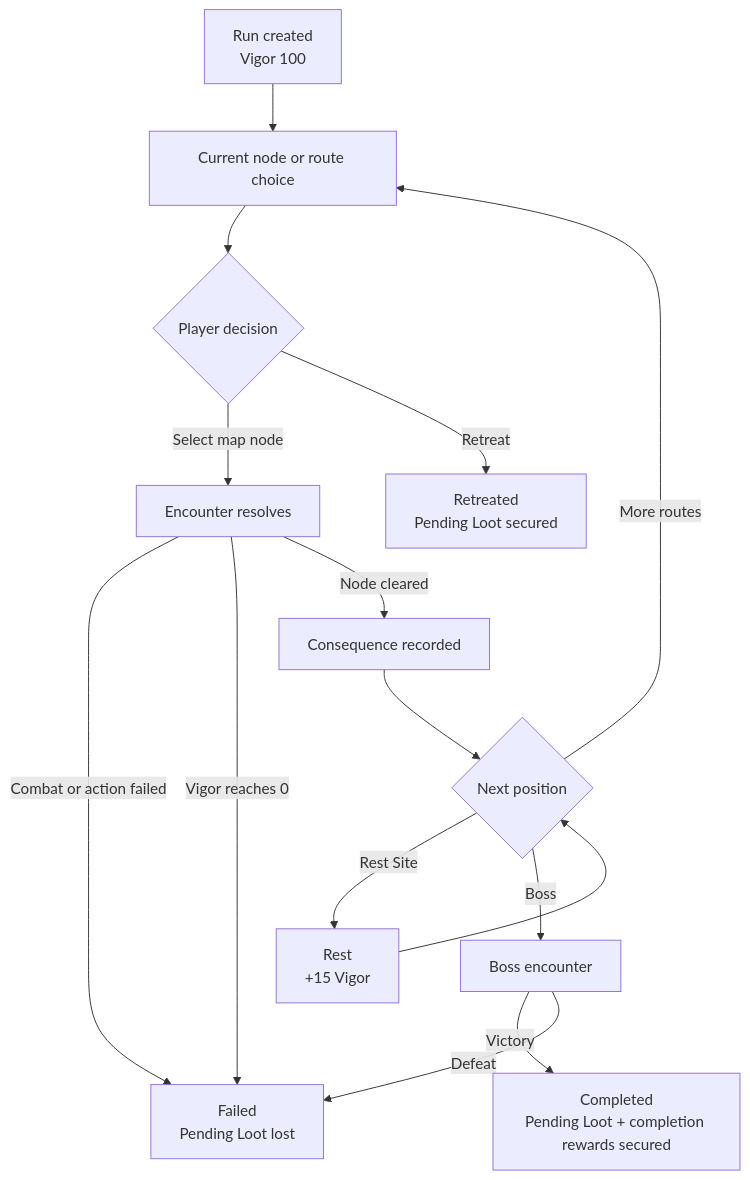
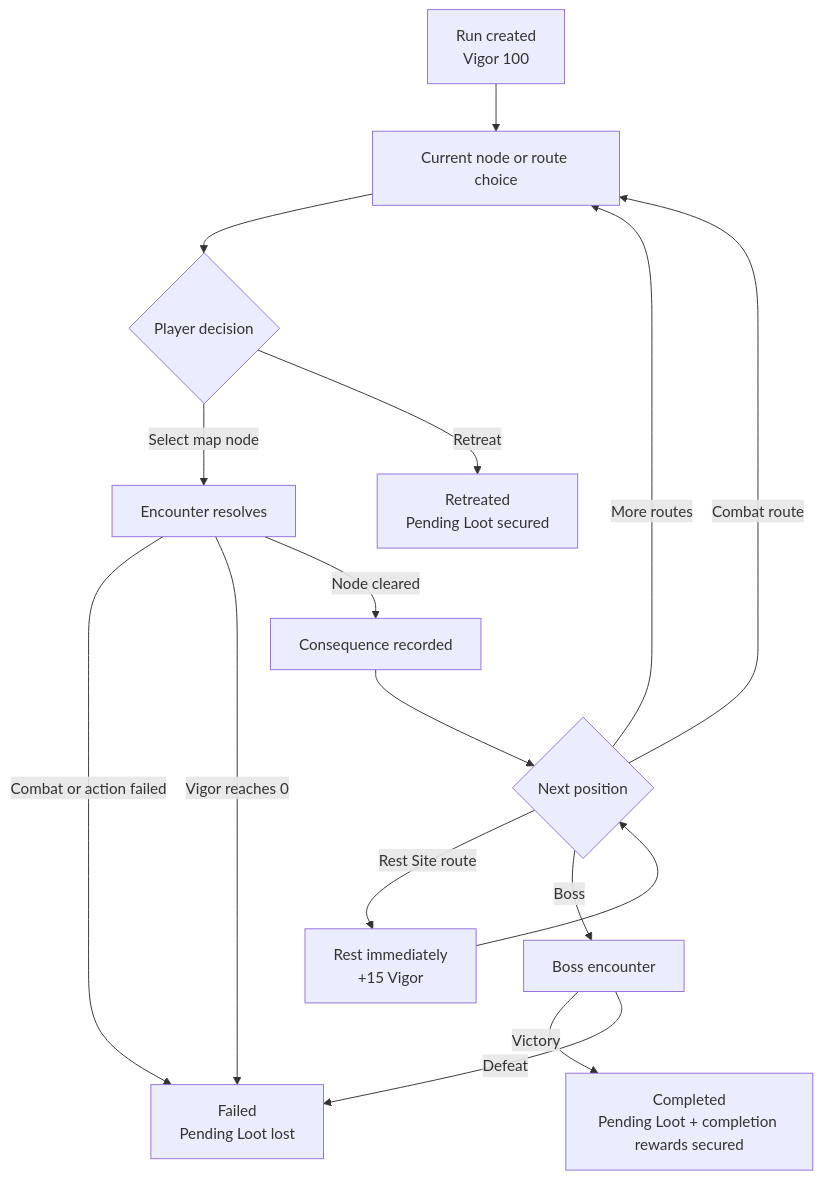
One commit to Dryppie/legends-legacy changed the first of 2 diagrams in docs/dungeon-run-experience-implementation-status.md. Above: the diagram before and after it, drawn with Mermaid. The commit also changed other lines of this file and 18 other files, not shown here.

````diff
--- a/docs/dungeon-run-experience-implementation-status.md
+++ b/docs/dungeon-run-experience-implementation-status.md
@@ -119,17 +119,18 @@
 ```mermaid
 flowchart TD
     A["Run created<br/>Vigor 100"] --> B["Current node or route choice"]
     B --> C{"Player decision"}
     C -->|"Select map node"| D["Encounter resolves"]
     C -->|"Retreat"| R["Retreated<br/>Pending Loot secured"]
     D -->|"Combat or action failed"| F["Failed<br/>Pending Loot lost"]
     D -->|"Vigor reaches 0"| F
     D -->|"Node cleared"| E["Consequence recorded"]
     E --> G{"Next position"}
     G -->|"More routes"| B
-    G -->|"Rest Site"| H["Rest<br/>+15 Vigor"]
+    G -->|"Rest Site route"| H["Rest immediately<br/>+15 Vigor"]
+    G -->|"Combat route"| B
     H --> G
     G -->|"Boss"| I["Boss encounter"]
     I -->|"Victory"| V["Completed<br/>Pending Loot + completion rewards secured"]
     I -->|"Defeat"| F
 ```
````
